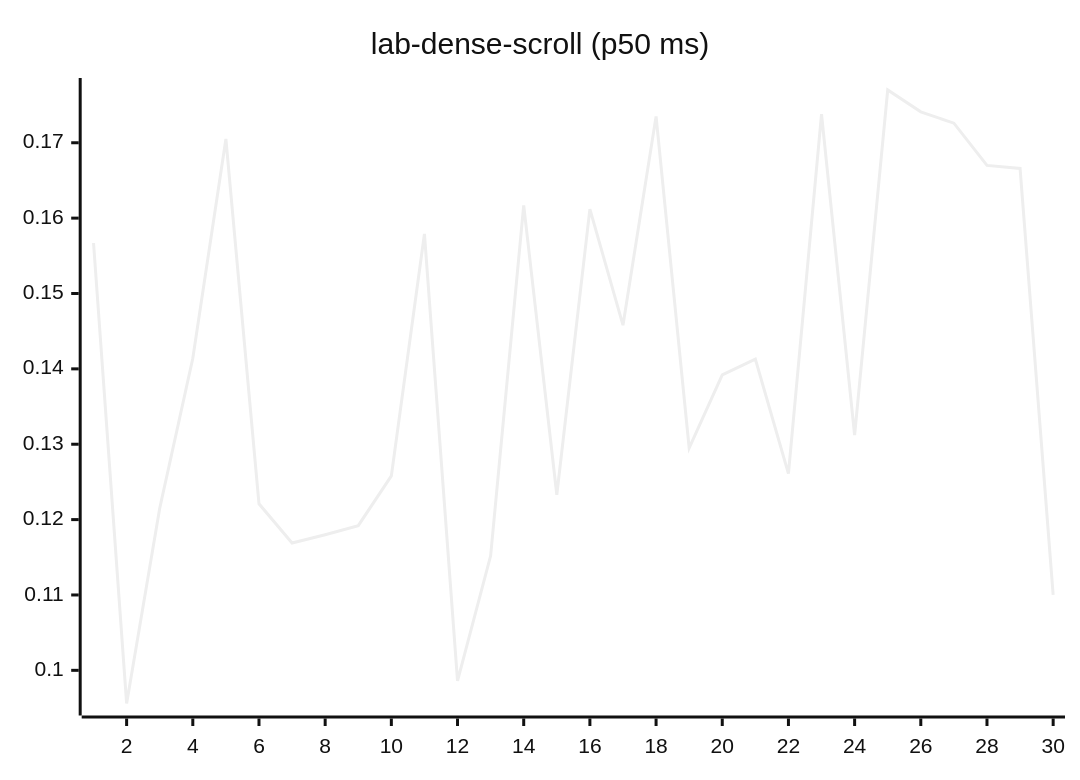
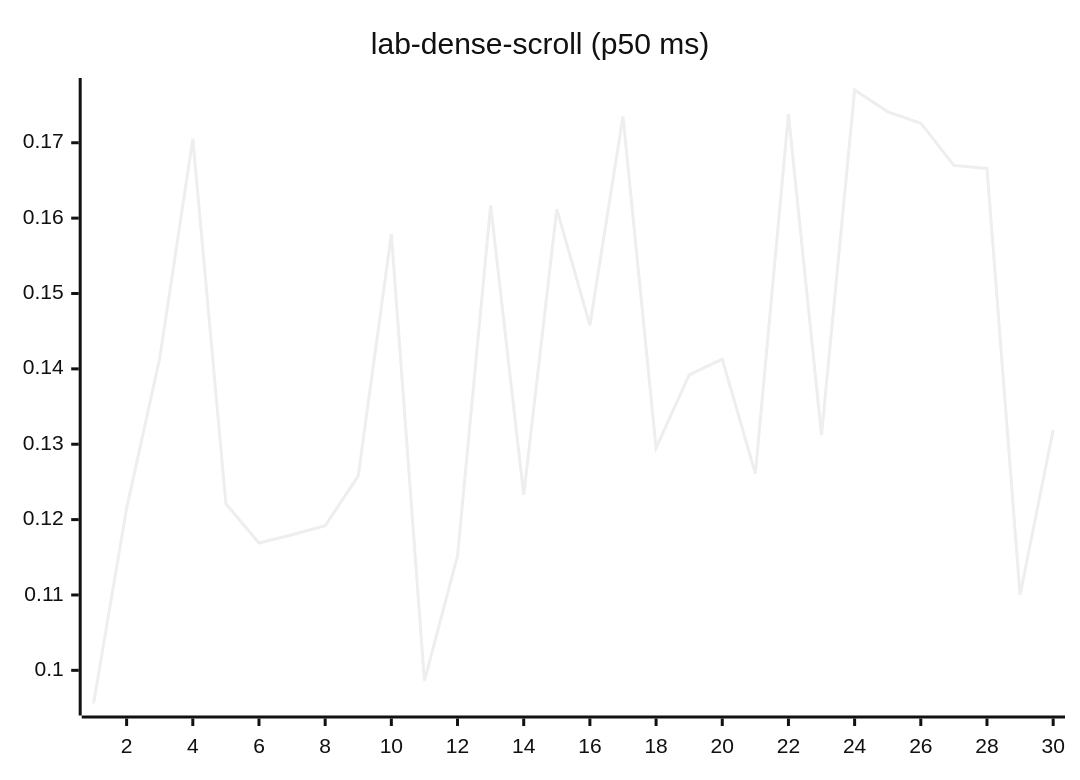
One commit to josha/Facet changed diagram 12 of 27 in README.md. Above: the diagram before and after it, drawn with Mermaid (neutral theme). The commit also changed other lines of this file and 2 other files, not shown here.

````diff
--- a/README.md
+++ b/README.md
@@ -140,6 +140,6 @@
 ```mermaid
 xychart-beta
     title "lab-dense-scroll (p50 ms)"
     x-axis 1 --> 30
-    line [0.1567, 0.0956, 0.1215, 0.1414, 0.1705, 0.1221, 0.1169, 0.1180, 0.1192, 0.1258, 0.1579, 0.0986, 0.1152, 0.1617, 0.1233, 0.1612, 0.1458, 0.1735, 0.1295, 0.1392, 0.1413, 0.1261, 0.1738, 0.1312, 0.1770, 0.1741, 0.1726, 0.1670, 0.1666, 0.1100]
+    line [0.0956, 0.1215, 0.1414, 0.1705, 0.1221, 0.1169, 0.1180, 0.1192, 0.1258, 0.1579, 0.0986, 0.1152, 0.1617, 0.1233, 0.1612, 0.1458, 0.1735, 0.1295, 0.1392, 0.1413, 0.1261, 0.1738, 0.1312, 0.1770, 0.1741, 0.1726, 0.1670, 0.1666, 0.1100, 0.1319]
 ```
````
